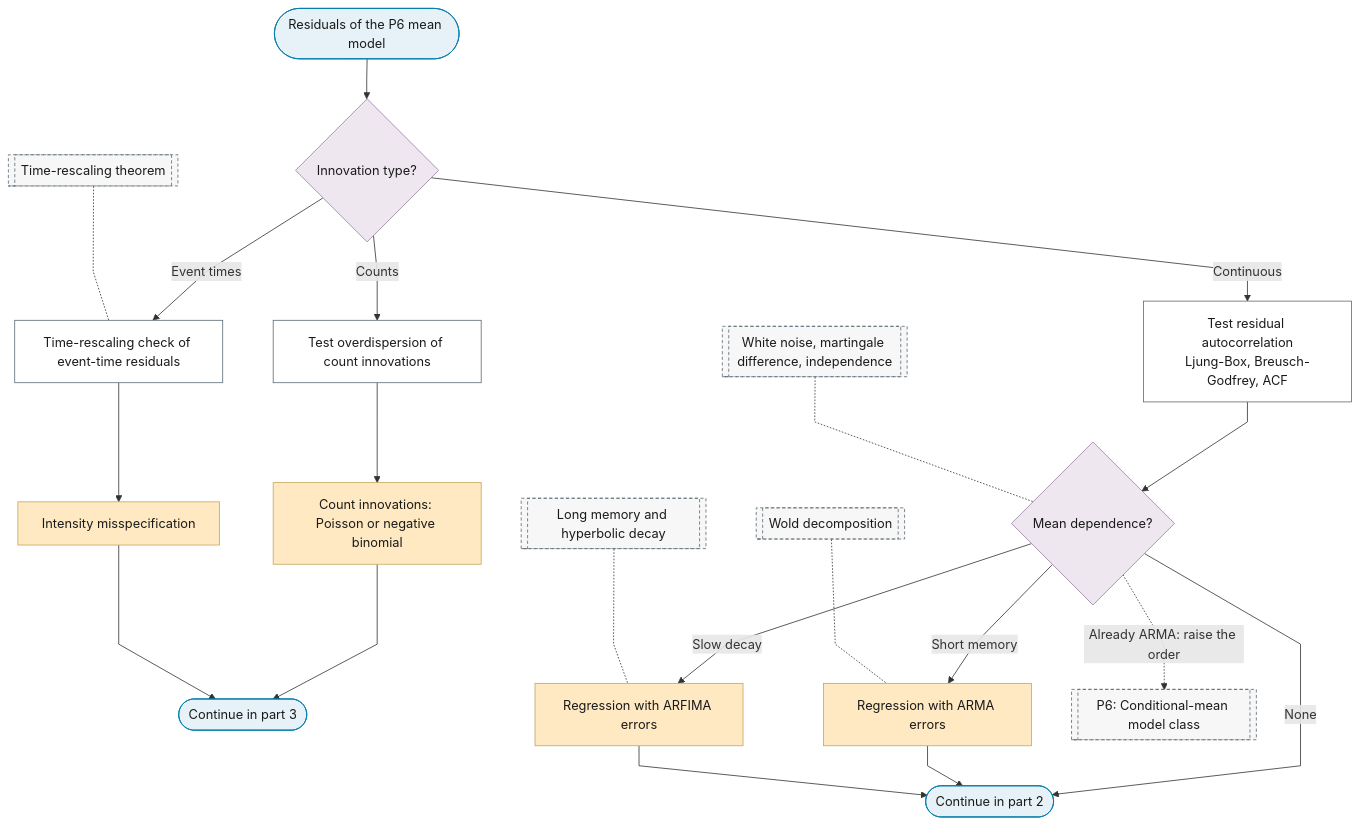
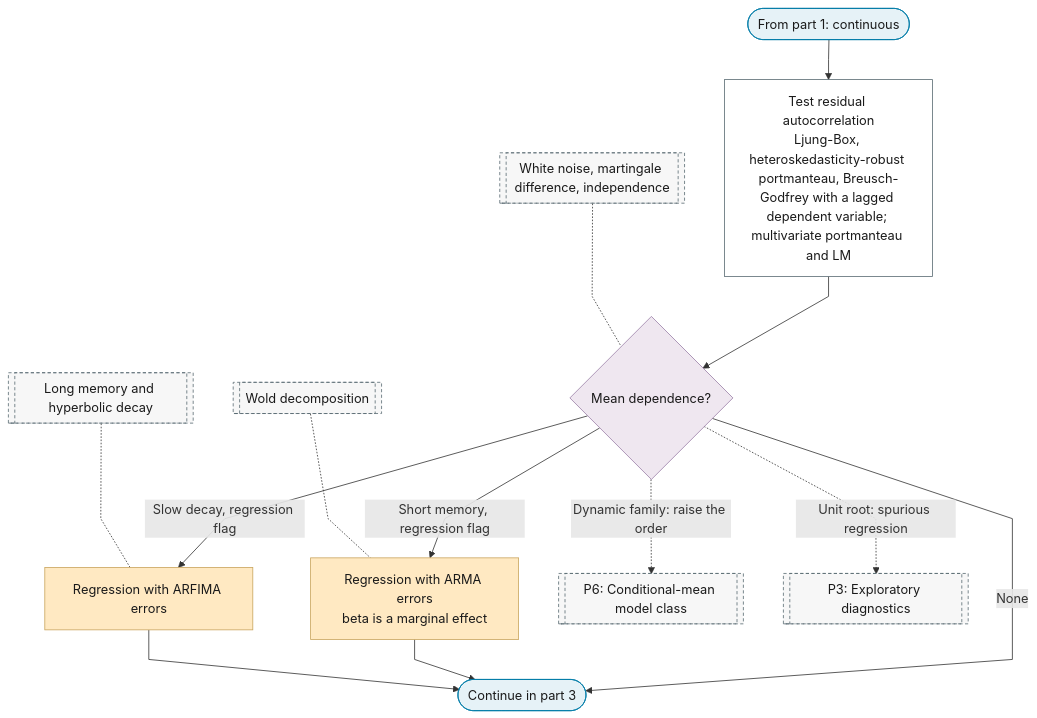
One commit to Shuxin-Y/time-series-analysis-manual changed the second of 5 diagrams in docs/01-workflow/p07-error-process.md. Above: the diagram before and after it, drawn with Mermaid. The commit also changed other lines of this file and 2 other files, not shown here.

First line of the commit message:
feat(p7): model kind first, preliminary fit, regimes before the GARCH variant

````diff
--- a/docs/01-workflow/p07-error-process.md
+++ b/docs/01-workflow/p07-error-process.md
@@ -13,34 +45,28 @@
 ```mermaid
 %%{init: {"flowchart": {"curve": "linear"}}}%%
 graph TD
-    P7_IN(["Residuals of the P6 mean model"]) --> P7_TYPE{"Innovation type?"}
-    P7_TYPE -->|"Continuous"| P7_MEAN_TESTS["Test residual autocorrelation<br/>Ljung-Box, Breusch-Godfrey, ACF"]
-    P7_TYPE -->|"Counts"| P7_COUNT_TESTS["Test overdispersion of count innovations"]
-    P7_TYPE -->|"Event times"| P7_RESCALING["Time-rescaling check of event-time residuals"]
-    P7_COUNT_TESTS --> P7_INGARCH["Count innovations: Poisson or negative binomial"]
-    P7_RESCALING --> P7_INTENSITY["Intensity misspecification"]
-    P7_INGARCH & P7_INTENSITY --> P7_COUNTS_TO_PART_3(["Continue in part 3"])
+    P7_PART_2_IN(["From part 1: continuous"]) --> P7_MEAN_TESTS["Test residual autocorrelation<br/>Ljung-Box, heteroskedasticity-robust portmanteau, Breusch-Godfrey with a lagged dependent variable; multivariate portmanteau and LM"]
     P7_MEAN_TESTS --> P7_MEAN_DEP{"Mean dependence?"}
-    P7_MEAN_DEP -->|"None"| P7_TO_PART_2
-    P7_MEAN_DEP -->|"Short memory"| P7_ARMA_ERRORS["Regression with ARMA errors"]
-    P7_MEAN_DEP -->|"Slow decay"| P7_ARFIMA_ERRORS["Regression with ARFIMA errors"]
-    P7_MEAN_DEP -.->|"Already ARMA: raise the order"| P6[["P6: Conditional-mean model class"]]
-    P7_ARMA_ERRORS & P7_ARFIMA_ERRORS --> P7_TO_PART_2(["Continue in part 2"])
+    P7_MEAN_DEP -->|"None"| P7_TO_PART_3
+    P7_MEAN_DEP -->|"Short memory, regression flag"| P7_ARMA_ERRORS["Regression with ARMA errors<br/>beta is a marginal effect"]
+    P7_MEAN_DEP -->|"Slow decay, regression flag"| P7_ARFIMA_ERRORS["Regression with ARFIMA errors"]
+    P7_MEAN_DEP -.->|"Dynamic family: raise the order"| P6[["P6: Conditional-mean model class"]]
+    P7_MEAN_DEP -.->|"Unit root: spurious regression"| P3[["P3: Exploratory diagnostics"]]
+    P7_ARMA_ERRORS & P7_ARFIMA_ERRORS --> P7_TO_PART_3(["Continue in part 3"])
     F_WHITE_NOISE[["White noise, martingale difference, independence"]] -.- P7_MEAN_DEP
     F_WOLD[["Wold decomposition"]] -.- P7_ARMA_ERRORS
     F_LONG_MEMORY[["Long memory and hyperbolic decay"]] -.- P7_ARFIMA_ERRORS
-    F_TIME_RESCALING[["Time-rescaling theorem"]] -.- P7_RESCALING
-    class P7_IN,P7_TO_PART_2,P7_COUNTS_TO_PART_3 terminator
-    class P7_TYPE,P7_MEAN_DEP decision
-    class P7_MEAN_TESTS,P7_COUNT_TESTS,P7_RESCALING process
-    class P7_ARMA_ERRORS,P7_ARFIMA_ERRORS,P7_INGARCH,P7_INTENSITY escalate
-    class P6,F_WHITE_NOISE,F_WOLD,F_LONG_MEMORY,F_TIME_RESCALING ref
+    class P7_PART_2_IN,P7_TO_PART_3 terminator
+    class P7_MEAN_DEP decision
+    class P7_MEAN_TESTS process
+    class P7_ARMA_ERRORS,P7_ARFIMA_ERRORS escalate
+    class P6,P3,F_WHITE_NOISE,F_WOLD,F_LONG_MEMORY ref
     classDef terminator fill:#E6F2F7,stroke:#007BA7,color:#1A1A1A;
     classDef process fill:#FFFFFF,stroke:#5A6B73,color:#1A1A1A;
     classDef decision fill:#EFE7F0,stroke:#9B7FA7,color:#1A1A1A;
     classDef data fill:#FFF4E0,stroke:#C9A55E,color:#1A1A1A;
     classDef good fill:#DCEFD8,stroke:#4A7A3F,color:#1A1A1A;
     classDef escalate fill:#FFE9C2,stroke:#C9A55E,color:#1A1A1A;
     classDef problem fill:#F2D9DE,stroke:#800020,color:#1A1A1A;
     classDef ref fill:#F7F7F7,stroke:#5A6B73,color:#1A1A1A,stroke-dasharray:4 3;
 ```
````
